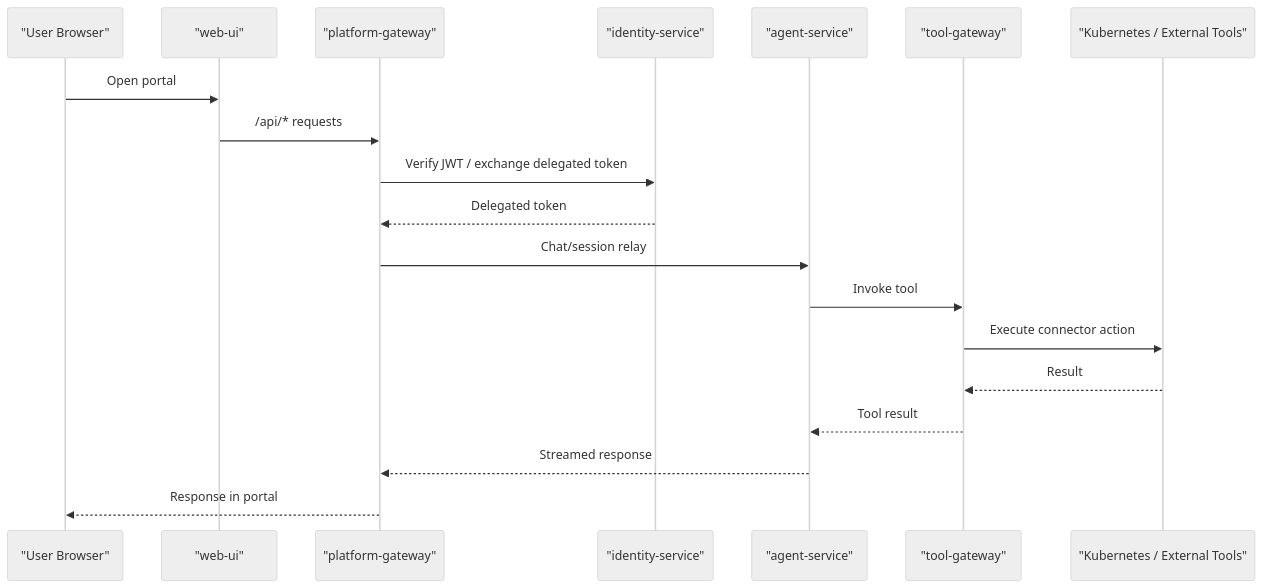
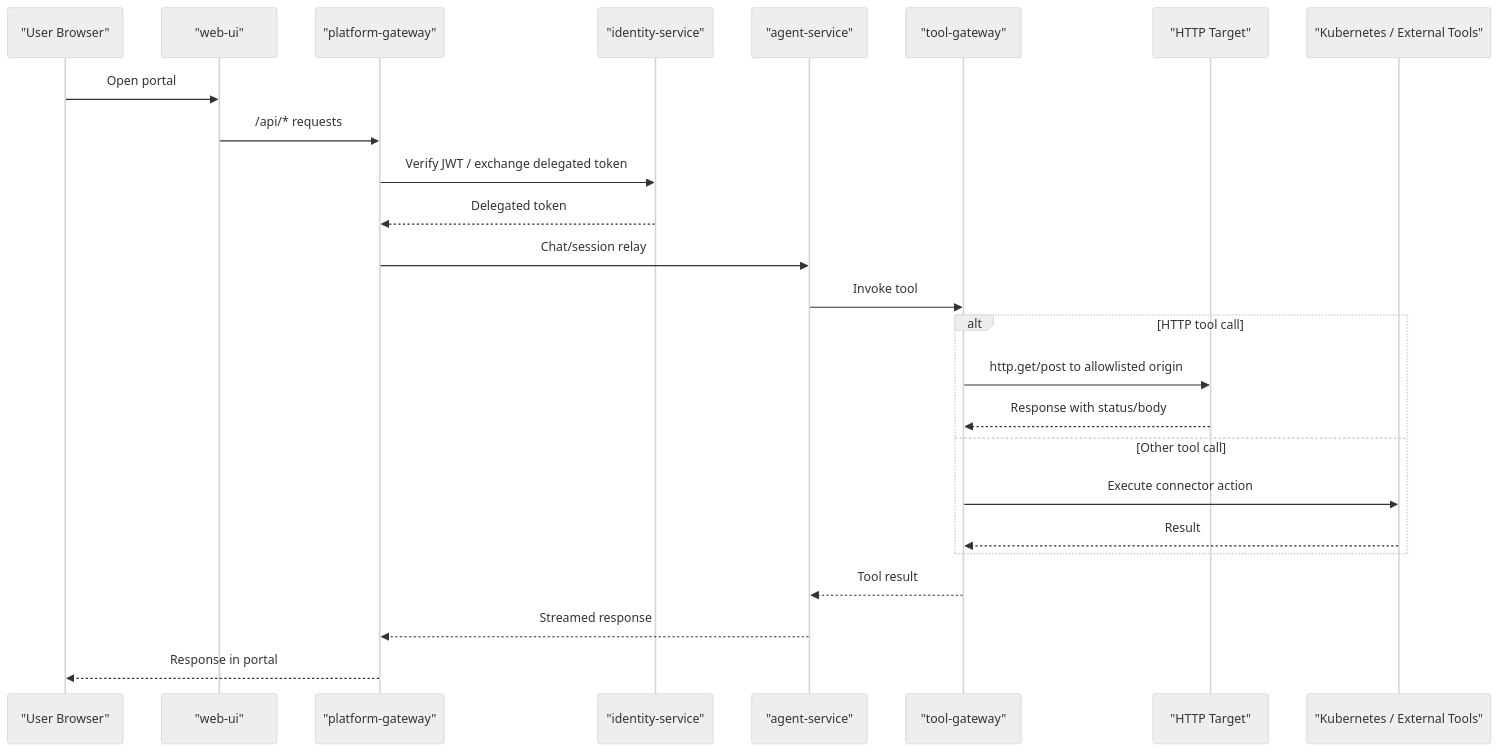
The second of 3 diagrams in .qoder/repowiki/en/content/Getting Started.md (metasync/luban-aiops), drawn with Mermaid (neutral theme) before and after one commit. The commit also changed other lines of this file and 102 other files, not shown here.

````diff
--- a/.qoder/repowiki/en/content/Getting Started.md
+++ b/.qoder/repowiki/en/content/Getting Started.md
@@ -99,21 +126,27 @@
 ```mermaid
 sequenceDiagram
 participant U as "User Browser"
 participant W as "web-ui"
 participant G as "platform-gateway"
 participant I as "identity-service"
 participant A as "agent-service"
 participant T as "tool-gateway"
+participant H as "HTTP Target"
 participant K as "Kubernetes / External Tools"
 U->>W : Open portal
 W->>G : /api/* requests
 G->>I : Verify JWT / exchange delegated token
 I-->>G : Delegated token
 G->>A : Chat/session relay
 A->>T : Invoke tool
+alt HTTP tool call
+T->>H : http.get/post to allowlisted origin
+H-->>T : Response with status/body
+else Other tool call
 T->>K : Execute connector action
 K-->>T : Result
+end
 T-->>A : Tool result
 A-->>G : Streamed response
 G-->>U : Response in portal
 ```
````
